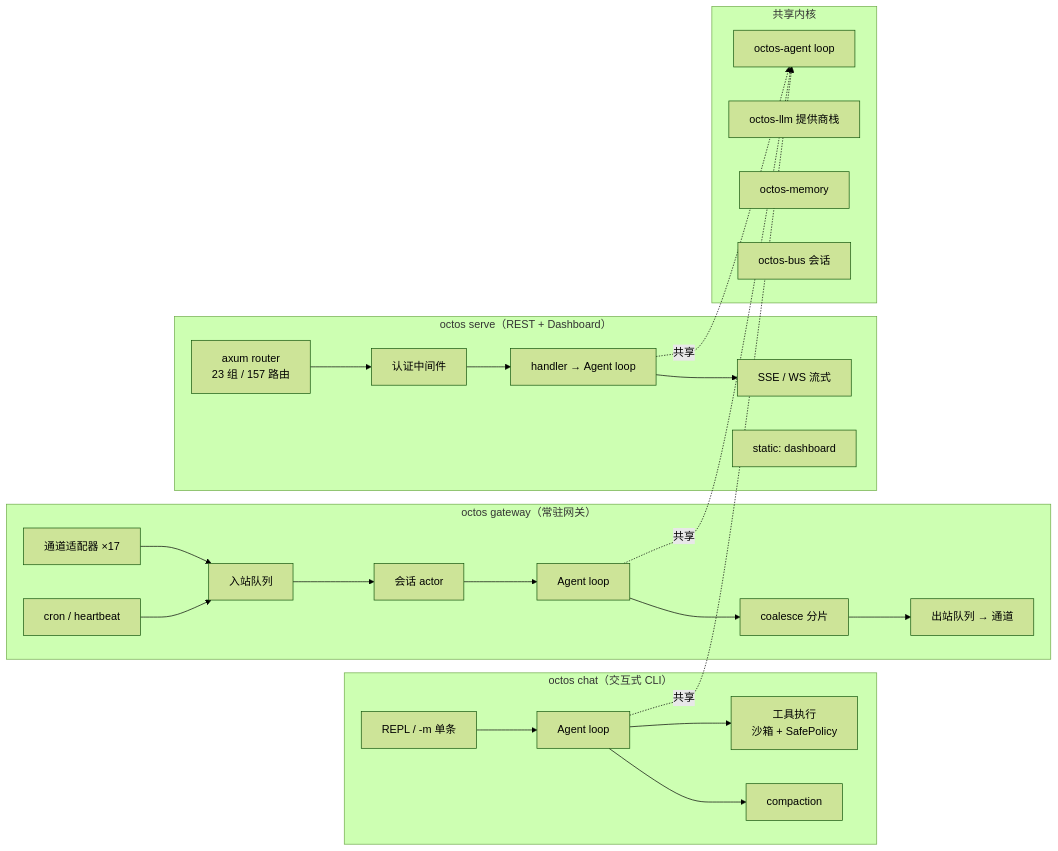
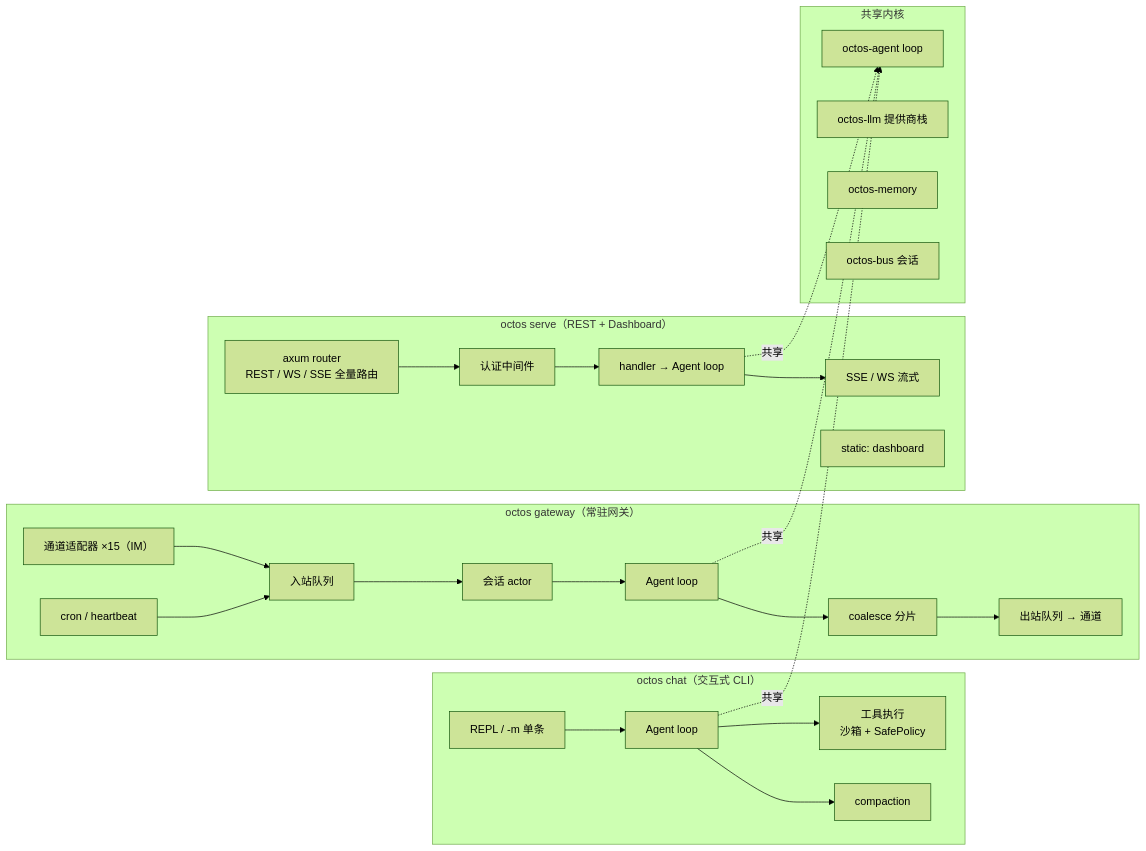
The third of 15 diagrams in logos/resources/prd/3-technical-plan/1-architecture/core-01-architecture-overview.md (dorname/octos), drawn with Mermaid (forest theme) before and after one commit. The commit also changed other lines of this file and 13 other files, not shown here.

Commit message:
docs(fix-docs-mermaid-consistency): merge spec deltas — S17 时序图分号修复 + 数字口径 2026-09-29 核验对齐

````diff
--- a/logos/resources/prd/3-technical-plan/1-architecture/core-01-architecture-overview.md
+++ b/logos/resources/prd/3-technical-plan/1-architecture/core-01-architecture-overview.md
@@ -102,31 +129,31 @@
 ```mermaid
 graph LR
     subgraph "octos chat（交互式 CLI）"
         C1["REPL / -m 单条"] --> C2["Agent loop"]
         C2 --> C3["工具执行<br/>沙箱 + SafePolicy"]
         C2 --> C4["compaction"]
     end
     subgraph "octos gateway（常驻网关）"
-        G1["通道适配器 ×17"] --> G2["入站队列"]
+        G1["通道适配器 ×15（IM）"] --> G2["入站队列"]
         G2 --> G3["会话 actor"]
         G3 --> G4["Agent loop"]
         G4 --> G5["coalesce 分片"]
         G5 --> G6["出站队列 → 通道"]
         G7["cron / heartbeat"] --> G2
     end
     subgraph "octos serve（REST + Dashboard）"
-        S1["axum router<br/>23 组 / 157 路由"] --> S2["认证中间件"]
+        S1["axum router<br/>REST / WS / SSE 全量路由"] --> S2["认证中间件"]
         S2 --> S3["handler → Agent loop"]
         S3 --> S4["SSE / WS 流式"]
         S5["static: dashboard"]
     end
     subgraph "共享内核"
         K1["octos-agent loop"]
         K2["octos-llm 提供商栈"]
         K3["octos-memory"]
         K4["octos-bus 会话"]
     end
     C2 -.共享.-> K1
     G4 -.共享.-> K1
     S3 -.共享.-> K1
 ```
````
